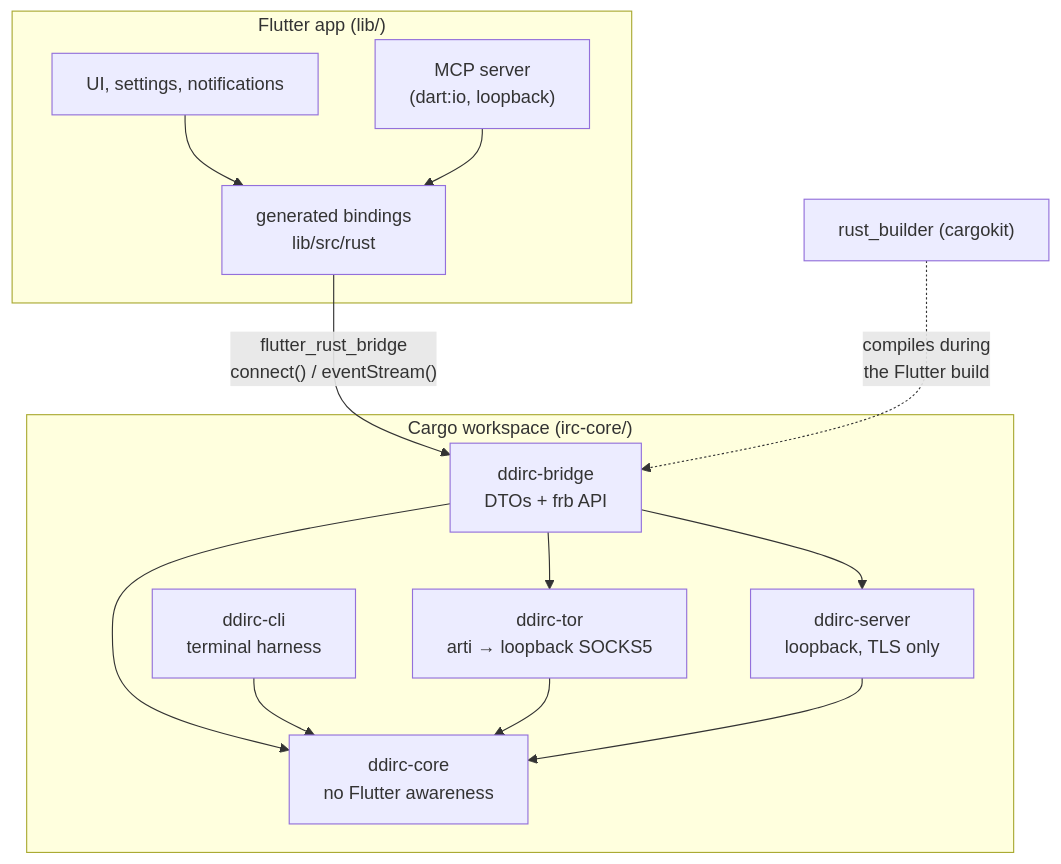
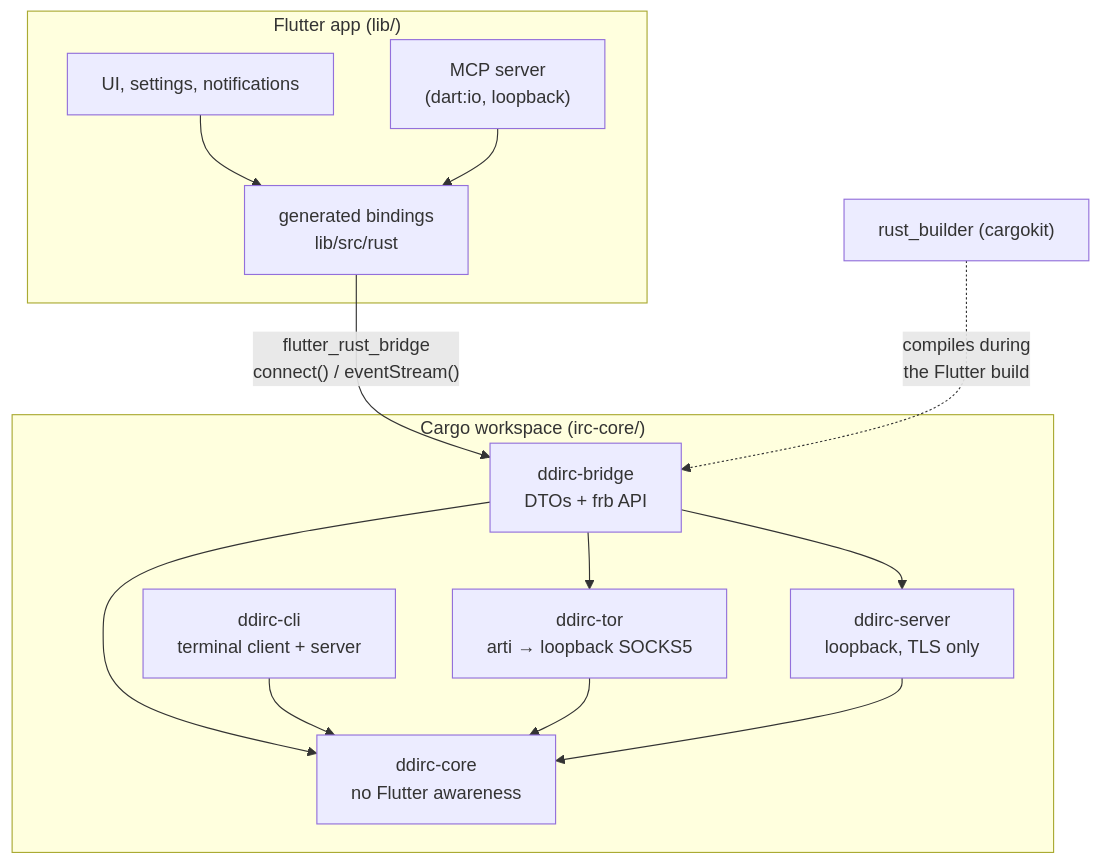
The first of 3 diagrams in docs/architecture.md (NoobforAl/ddIRC), drawn with Mermaid before and after one commit. The commit also changed other lines of this file and 27 other files, not shown here.

````diff
--- a/docs/architecture.md
+++ b/docs/architecture.md
@@ -32,27 +32,27 @@
 ```mermaid
 flowchart TB
     subgraph flutter["Flutter app (lib/)"]
         ui["UI, settings, notifications"]
         mcp["MCP server<br/>(dart:io, loopback)"]
         gen["generated bindings<br/>lib/src/rust"]
     end
 
     subgraph ws["Cargo workspace (irc-core/)"]
         bridge["ddirc-bridge<br/>DTOs + frb API"]
         core["ddirc-core<br/>no Flutter awareness"]
         tor["ddirc-tor<br/>arti → loopback SOCKS5"]
         server["ddirc-server<br/>loopback, TLS only"]
-        cli["ddirc-cli<br/>terminal harness"]
+        cli["ddirc-cli<br/>terminal client + server"]
     end
 
     ui --> gen
     mcp --> gen
     gen -- "flutter_rust_bridge<br/>connect() / eventStream()" --> bridge
     bridge --> core
     bridge --> tor
     bridge --> server
     cli --> core
     tor --> core
     server --> core
     rb["rust_builder (cargokit)"] -. "compiles during<br/>the Flutter build" .-> bridge
 ```
````
